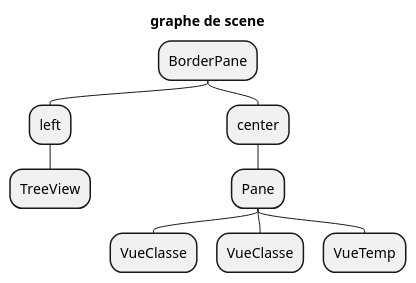
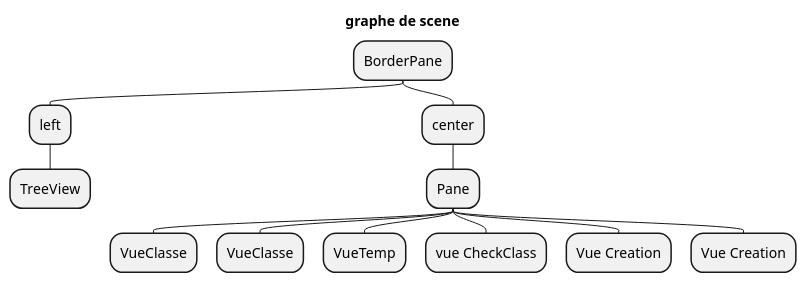
Before and after one commit to dardenne8u/ObjectAid_SAE: the diagram in document/Second_sprint/graph_de_scene.puml, drawn with PlantUML. The commit also changed 3 other files, not shown here.

```diff
--- a/document/Second_sprint/graph_de_scene.puml
+++ b/document/Second_sprint/graph_de_scene.puml
@@ -1,17 +1,20 @@
 @startmindmap
 'https://plantuml.com/mindmap-diagram
 top to bottom direction
 
 title graphe de scene
 
 * BorderPane
 ** left
 *** TreeView
 ** center
 *** Pane
 **** VueClasse
 **** VueClasse
 **** VueTemp
+**** vue CheckClass
+**** Vue Creation
+**** Vue Creation
 
 
 @endmindmap
```
